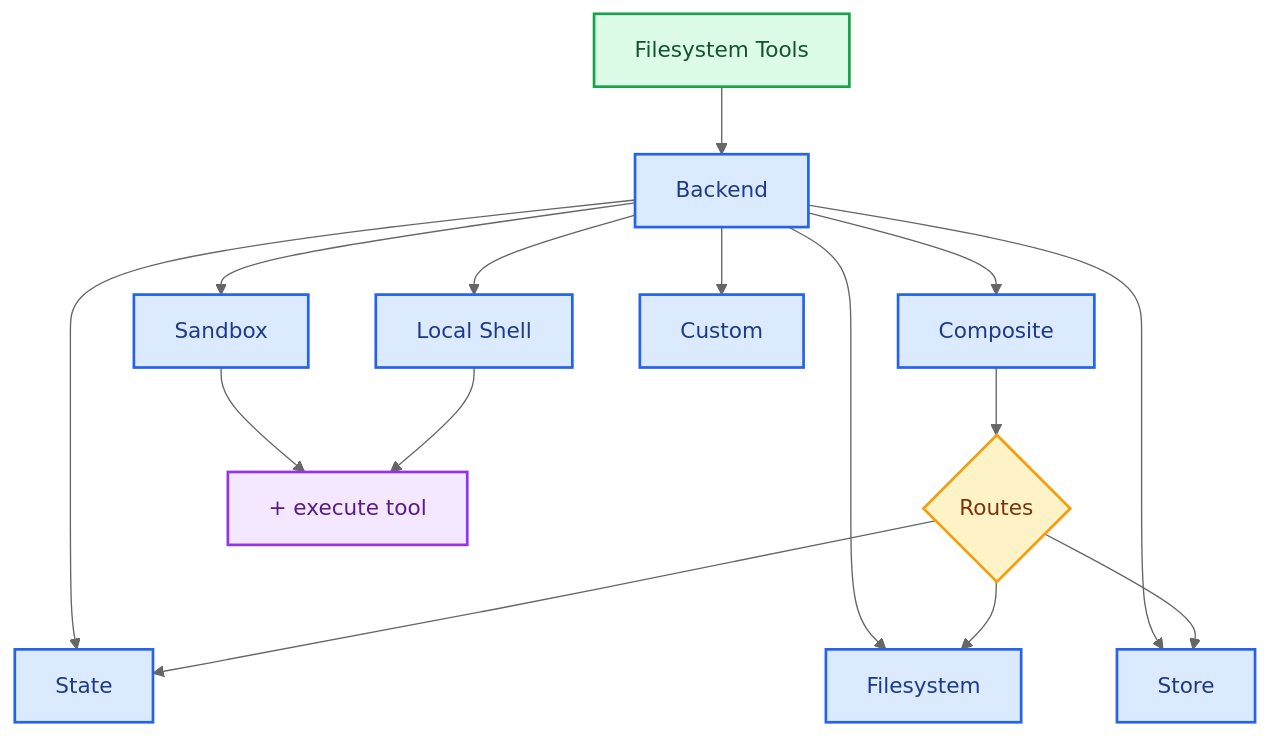
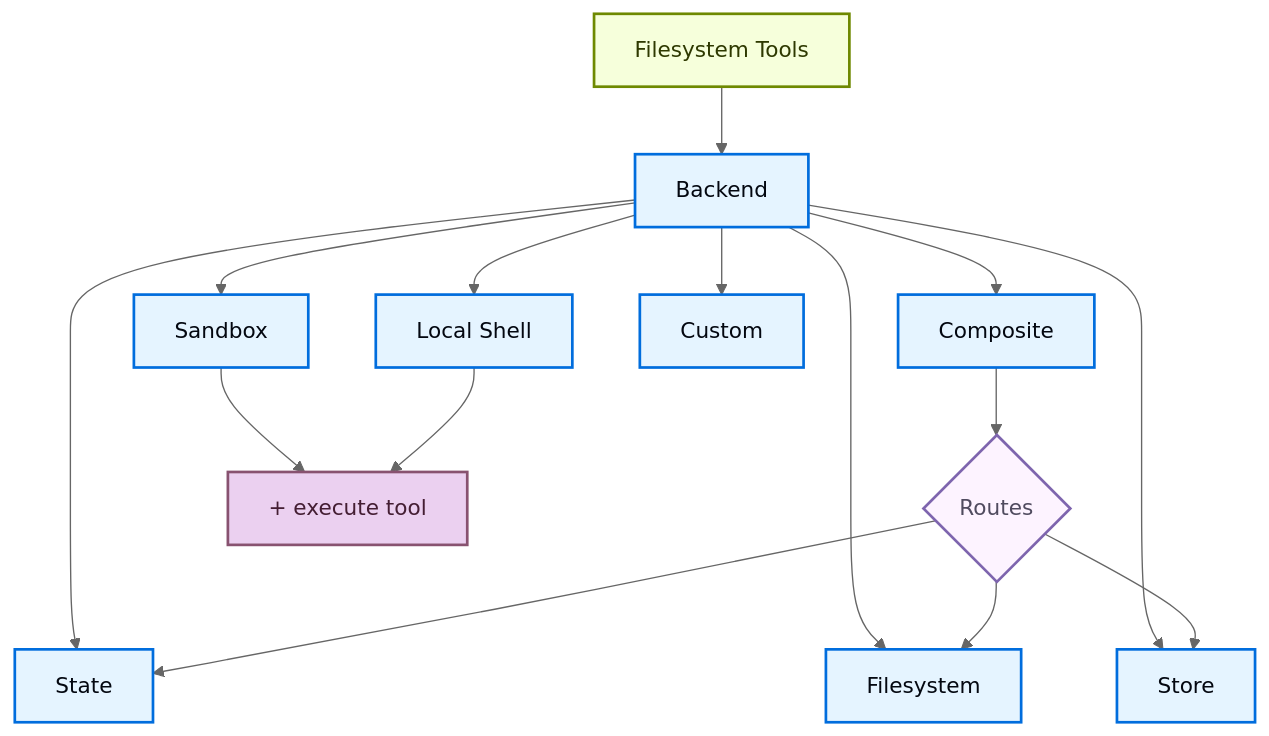
The diagram in build/oss/javascript/deepagents/backends.mdx (ActianCorp/langchain-ai-docs), drawn with Mermaid (neutral theme) before and after one commit. The commit also changed 2455 other files, not shown here.

````diff
--- a/build/oss/javascript/deepagents/backends.mdx
+++ b/build/oss/javascript/deepagents/backends.mdx
@@ -51,30 +51,30 @@
 ```mermaid
 graph TB
     Tools[Filesystem Tools] --> Backend[Backend]
 
     Backend --> State[State]
     Backend --> Disk[Filesystem]
     Backend --> Store[Store]
     Backend --> Sandbox[Sandbox]
     Backend --> LocalShell[Local Shell]
     Backend --> Composite[Composite]
     Backend --> Custom[Custom]
 
     Composite --> Router{Routes}
     Router --> State
     Router --> Disk
     Router --> Store
 
     Sandbox --> Execute["#43; execute tool"]
     LocalShell --> Execute["#43; execute tool"]
 
-    classDef trigger fill:#DCFCE7,stroke:#16A34A,stroke-width:2px,color:#14532D
-    classDef process fill:#DBEAFE,stroke:#2563EB,stroke-width:2px,color:#1E3A8A
-    classDef decision fill:#FEF3C7,stroke:#F59E0B,stroke-width:2px,color:#78350F
-    classDef output fill:#F3E8FF,stroke:#9333EA,stroke-width:2px,color:#581C87
+    classDef trigger fill:#F6FFDB,stroke:#6E8900,stroke-width:2px,color:#2E3900
+    classDef process fill:#E5F4FF,stroke:#006DDD,stroke-width:2px,color:#030710
+    classDef decision fill:#FDF3FF,stroke:#7E65AE,stroke-width:2px,color:#504B5F
+    classDef output fill:#EBD0F0,stroke:#885270,stroke-width:2px,color:#441E33
 
     class Tools trigger
     class Backend,State,Disk,Store,Sandbox,LocalShell,Composite,Custom process
     class Router decision
     class Execute output
 ```
````
